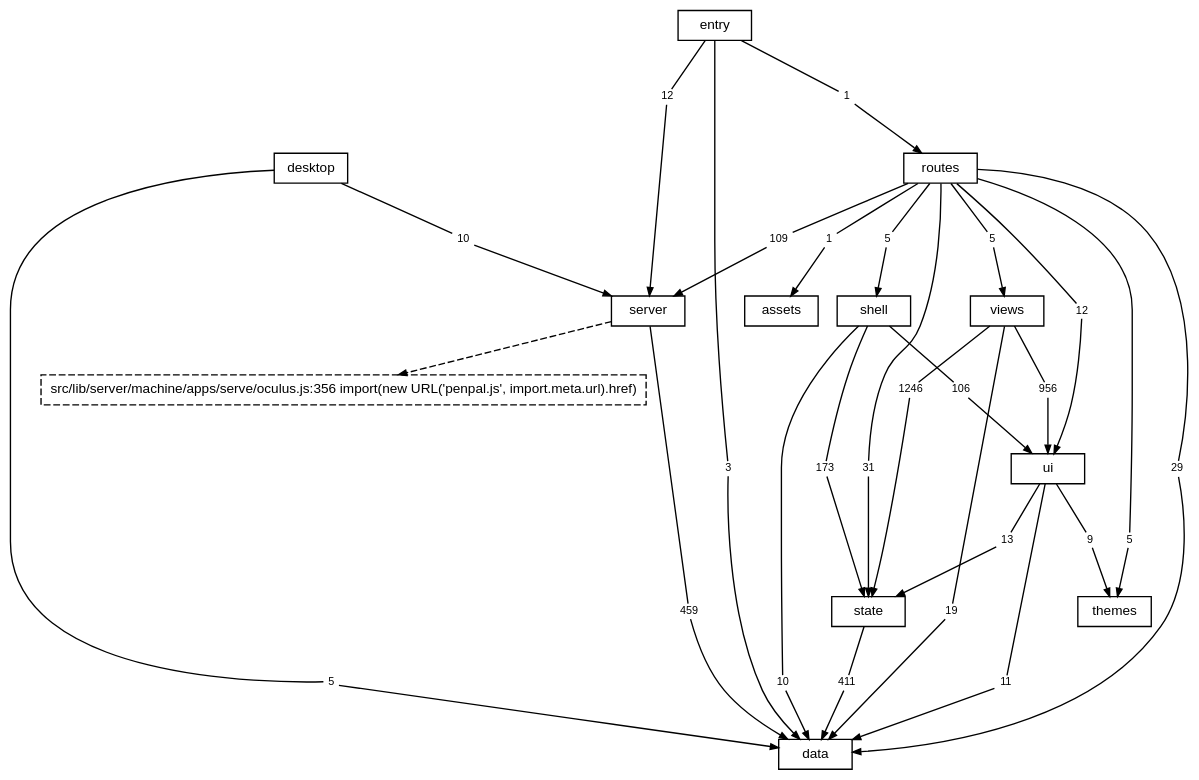
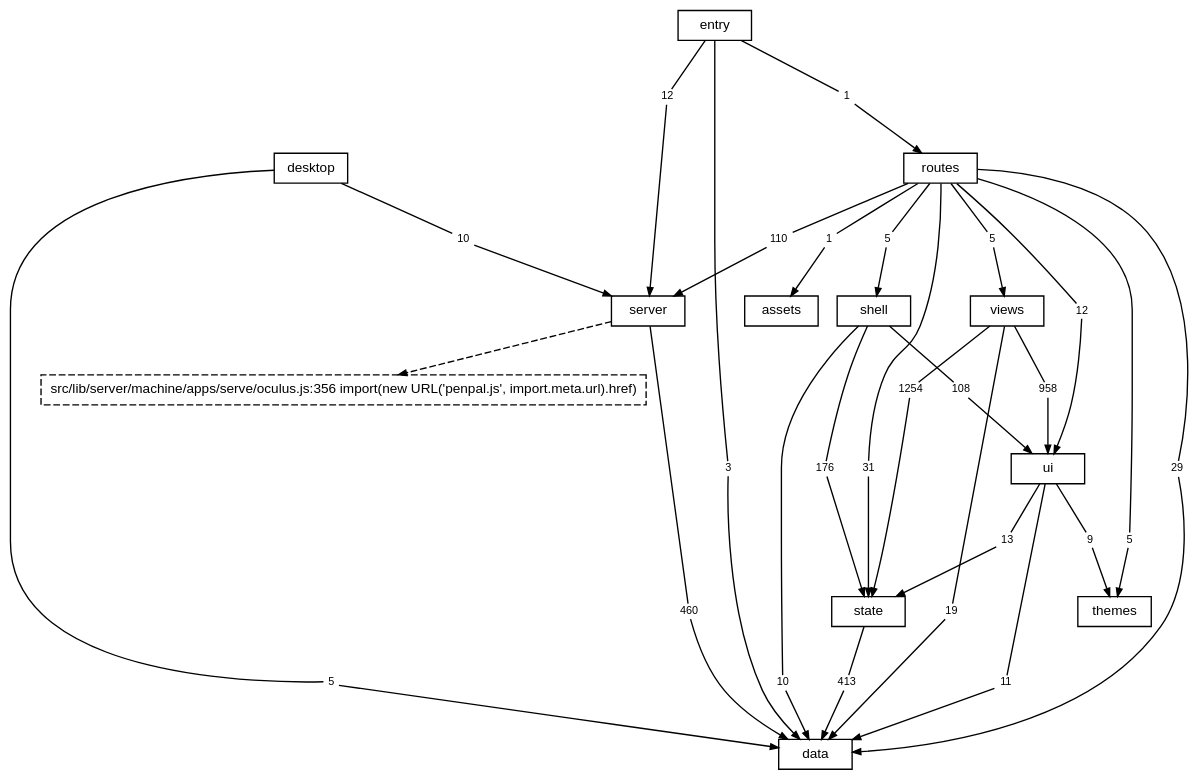
The diagram in docs/diagrams/layers.dot (TheAxeC/oculus), drawn with Graphviz before and after one commit. The commit also changed 193 other files, not shown here.

```diff
--- a/docs/diagrams/layers.dot
+++ b/docs/diagrams/layers.dot
@@ -1,90 +1,90 @@
 digraph layers {
     graph [bgcolor="transparent", rankdir=TB, newrank=true, fontname="Helvetica,Arial,sans-serif", fontsize=12, nodesep=0.2, ranksep=0.5];
     node [shape=box, color="black", fontcolor="black", fontname="Helvetica,Arial,sans-serif", fontsize=10, height=0.3, margin="0.12,0.04"];
     edge [color="black", fontcolor="black", fontname="Helvetica,Arial,sans-serif", fontsize=8, arrowsize=0.6];
     "data";
     "server";
     "state";
     "ui";
     "shell";
     "views";
     "themes";
     "routes";
     "desktop";
     "src" [label="entry"];
     "files: assets" [label="assets"];
     "? src/lib/server/machine/apps/serve/oculus.js:356" [label="src/lib/server/machine/apps/serve/oculus.js:356 import(new URL('penpal.js', import.meta.url).href)", style=dashed];
     "desktop to data" [label="5", shape=box, color="transparent", fontsize=8, width=0, height=0, margin="0.04,0.02"];
     "desktop" -> "desktop to data" [arrowhead=none];
     "desktop to data" -> "data" [];
     "desktop to server" [label="10", shape=box, color="transparent", fontsize=8, width=0, height=0, margin="0.04,0.02"];
     "desktop" -> "desktop to server" [arrowhead=none];
     "desktop to server" -> "server" [];
     "routes to data" [label="29", shape=box, color="transparent", fontsize=8, width=0, height=0, margin="0.04,0.02"];
     "routes" -> "routes to data" [arrowhead=none];
     "routes to data" -> "data" [];
     "routes to files: assets" [label="1", shape=box, color="transparent", fontsize=8, width=0, height=0, margin="0.04,0.02"];
     "routes" -> "routes to files: assets" [arrowhead=none];
     "routes to files: assets" -> "files: assets" [];
-    "routes to server" [label="109", shape=box, color="transparent", fontsize=8, width=0, height=0, margin="0.04,0.02"];
+    "routes to server" [label="110", shape=box, color="transparent", fontsize=8, width=0, height=0, margin="0.04,0.02"];
     "routes" -> "routes to server" [arrowhead=none];
     "routes to server" -> "server" [];
     "routes to shell" [label="5", shape=box, color="transparent", fontsize=8, width=0, height=0, margin="0.04,0.02"];
     "routes" -> "routes to shell" [arrowhead=none];
     "routes to shell" -> "shell" [];
     "routes to state" [label="31", shape=box, color="transparent", fontsize=8, width=0, height=0, margin="0.04,0.02"];
     "routes" -> "routes to state" [arrowhead=none];
     "routes to state" -> "state" [];
     "routes to themes" [label="5", shape=box, color="transparent", fontsize=8, width=0, height=0, margin="0.04,0.02"];
     "routes" -> "routes to themes" [arrowhead=none];
     "routes to themes" -> "themes" [];
     "routes to ui" [label="12", shape=box, color="transparent", fontsize=8, width=0, height=0, margin="0.04,0.02"];
     "routes" -> "routes to ui" [arrowhead=none];
     "routes to ui" -> "ui" [];
     "routes to views" [label="5", shape=box, color="transparent", fontsize=8, width=0, height=0, margin="0.04,0.02"];
     "routes" -> "routes to views" [arrowhead=none];
     "routes to views" -> "views" [];
-    "server to data" [label="459", shape=box, color="transparent", fontsize=8, width=0, height=0, margin="0.04,0.02"];
+    "server to data" [label="460", shape=box, color="transparent", fontsize=8, width=0, height=0, margin="0.04,0.02"];
     "server" -> "server to data" [arrowhead=none];
     "server to data" -> "data" [];
     "shell to data" [label="10", shape=box, color="transparent", fontsize=8, width=0, height=0, margin="0.04,0.02"];
     "shell" -> "shell to data" [arrowhead=none];
     "shell to data" -> "data" [];
-    "shell to state" [label="173", shape=box, color="transparent", fontsize=8, width=0, height=0, margin="0.04,0.02"];
+    "shell to state" [label="176", shape=box, color="transparent", fontsize=8, width=0, height=0, margin="0.04,0.02"];
     "shell" -> "shell to state" [arrowhead=none];
     "shell to state" -> "state" [];
-    "shell to ui" [label="106", shape=box, color="transparent", fontsize=8, width=0, height=0, margin="0.04,0.02"];
+    "shell to ui" [label="108", shape=box, color="transparent", fontsize=8, width=0, height=0, margin="0.04,0.02"];
     "shell" -> "shell to ui" [arrowhead=none];
     "shell to ui" -> "ui" [];
     "src to data" [label="3", shape=box, color="transparent", fontsize=8, width=0, height=0, margin="0.04,0.02"];
     "src" -> "src to data" [arrowhead=none];
     "src to data" -> "data" [];
     "src to routes" [label="1", shape=box, color="transparent", fontsize=8, width=0, height=0, margin="0.04,0.02"];
     "src" -> "src to routes" [arrowhead=none];
     "src to routes" -> "routes" [];
     "src to server" [label="12", shape=box, color="transparent", fontsize=8, width=0, height=0, margin="0.04,0.02"];
     "src" -> "src to server" [arrowhead=none];
     "src to server" -> "server" [];
-    "state to data" [label="411", shape=box, color="transparent", fontsize=8, width=0, height=0, margin="0.04,0.02"];
+    "state to data" [label="413", shape=box, color="transparent", fontsize=8, width=0, height=0, margin="0.04,0.02"];
     "state" -> "state to data" [arrowhead=none];
     "state to data" -> "data" [];
     "ui to data" [label="11", shape=box, color="transparent", fontsize=8, width=0, height=0, margin="0.04,0.02"];
     "ui" -> "ui to data" [arrowhead=none];
     "ui to data" -> "data" [];
     "ui to state" [label="13", shape=box, color="transparent", fontsize=8, width=0, height=0, margin="0.04,0.02"];
     "ui" -> "ui to state" [arrowhead=none];
     "ui to state" -> "state" [];
     "ui to themes" [label="9", shape=box, color="transparent", fontsize=8, width=0, height=0, margin="0.04,0.02"];
     "ui" -> "ui to themes" [arrowhead=none];
     "ui to themes" -> "themes" [];
     "views to data" [label="19", shape=box, color="transparent", fontsize=8, width=0, height=0, margin="0.04,0.02"];
     "views" -> "views to data" [arrowhead=none];
     "views to data" -> "data" [];
-    "views to state" [label="1246", shape=box, color="transparent", fontsize=8, width=0, height=0, margin="0.04,0.02"];
+    "views to state" [label="1254", shape=box, color="transparent", fontsize=8, width=0, height=0, margin="0.04,0.02"];
     "views" -> "views to state" [arrowhead=none];
     "views to state" -> "state" [];
-    "views to ui" [label="956", shape=box, color="transparent", fontsize=8, width=0, height=0, margin="0.04,0.02"];
+    "views to ui" [label="958", shape=box, color="transparent", fontsize=8, width=0, height=0, margin="0.04,0.02"];
     "views" -> "views to ui" [arrowhead=none];
     "views to ui" -> "ui" [];
     "server" -> "? src/lib/server/machine/apps/serve/oculus.js:356" [style=dashed];
 }
```
